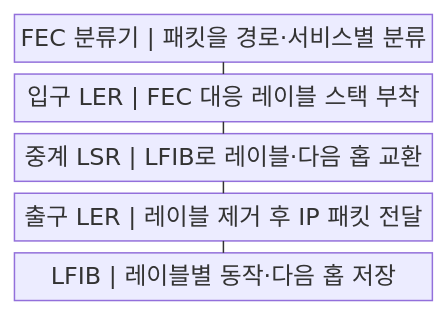
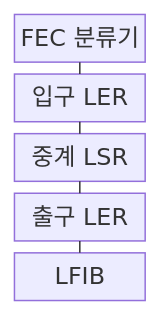
The first of 2 diagrams in src/content/docs/notes/04-network/013_mpls_label_switching.md (agnusdei1207/knowledge-base), drawn with Mermaid before and after one commit. The commit also changed other lines of this file and 122 other files, not shown here.

````diff
--- a/src/content/docs/notes/04-network/013_mpls_label_switching.md
+++ b/src/content/docs/notes/04-network/013_mpls_label_switching.md
@@ -59,13 +59,13 @@
 ```mermaid
-block
+block-beta
     columns 1
-    A["FEC 분류기 | 패킷을 경로·서비스별 분류"]
-    B["입구 LER | FEC 대응 레이블 스택 부착"]
-    C["중계 LSR | LFIB로 레이블·다음 홉 교환"]
-    D["출구 LER | 레이블 제거 후 IP 패킷 전달"]
-    E["LFIB | 레이블별 동작·다음 홉 저장"]
+    A["FEC 분류기"]
+    B["입구 LER"]
+    C["중계 LSR"]
+    D["출구 LER"]
+    E["LFIB"]
     A --- B
     B --- C
     C --- D
     D --- E
 ```
````
